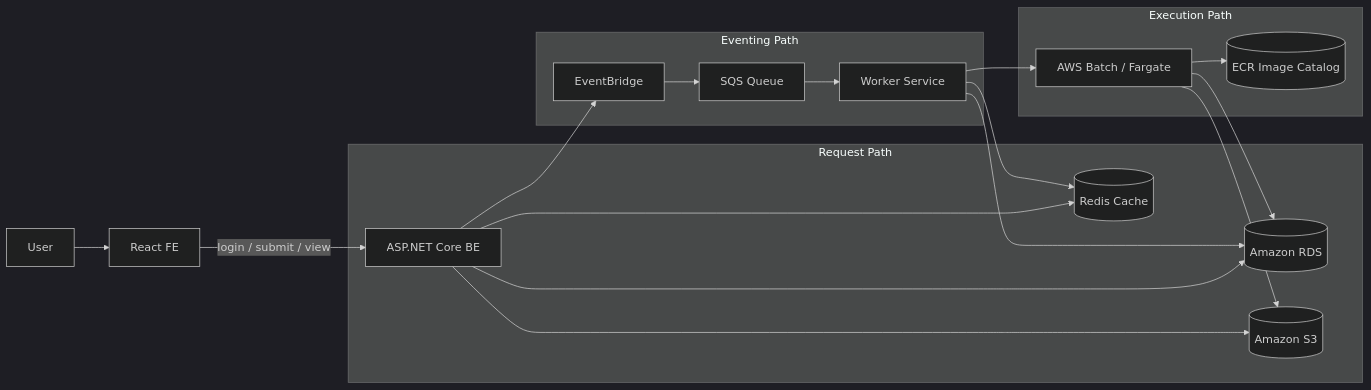
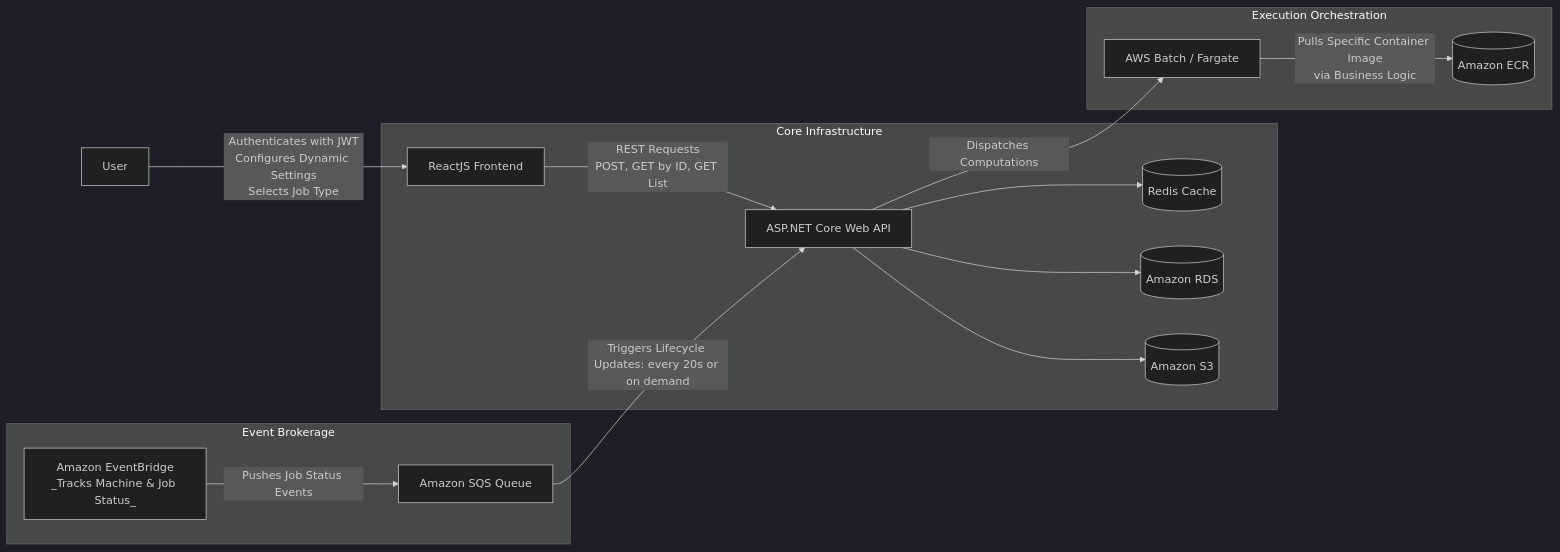
One commit to nghoang1162050/simplified-cloud-job changed the second of 2 diagrams in README.md. Above: the diagram before and after it, drawn with Mermaid (dark theme).

Commit message:
chore: update prod diagam in prod env

````diff
--- a/README.md
+++ b/README.md
@@ -214,26 +214,22 @@
 ```mermaid
 flowchart LR
-	User[User] --> FE[React FE]
-	FE -->|login / submit / view| API[ASP.NET Core BE]
+    User[User] -->|Authenticates with JWT\nConfigures Dynamic Settings\nSelects Job Type| FE[ReactJS Frontend]
+    
+    subgraph Core[Core Infrastructure]
+        FE -->|REST Requests\nPOST, GET by ID, GET List| API[ASP.NET Core Web API]
+        API --> Redis[(Redis Cache)]
+        API --> RDS[(Amazon RDS)]
+        API --> S3[(Amazon S3)]
+    end
 
-	subgraph Core[Request Path]
-		API --> Redis[(Redis Cache)]
-		API --> RDS[(Amazon RDS)]
-		API --> S3[(Amazon S3)]
-	end
+    subgraph Events[Event Brokerage]
+        EB[Amazon EventBridge\n_Tracks Machine & Job Status_] -->|Pushes Job Status Events| SQS[Amazon SQS Queue]
+        SQS -->|Triggers Lifecycle Updates: every 20s or on demand| API
+    end
 
-	subgraph Events[Eventing Path]
-		API --> EB[EventBridge]
-		EB --> SQS[SQS Queue]
-		SQS --> Worker[Worker Service]
-		Worker --> RDS
-		Worker --> Redis
-	end
+    subgraph Execution[Execution Orchestration]
+        API -->|Dispatches Computations| Batch[AWS Batch / Fargate]
+        Batch -->|Pulls Specific Container Image\nvia Business Logic| ECR[(Amazon ECR)]
+    end
 
-	subgraph Compute[Execution Path]
-		Worker --> Batch[AWS Batch / Fargate]
-		Batch --> ECR[(ECR Image Catalog)]
-		Batch --> S3
-		Batch --> RDS
-	end
 ```
````
